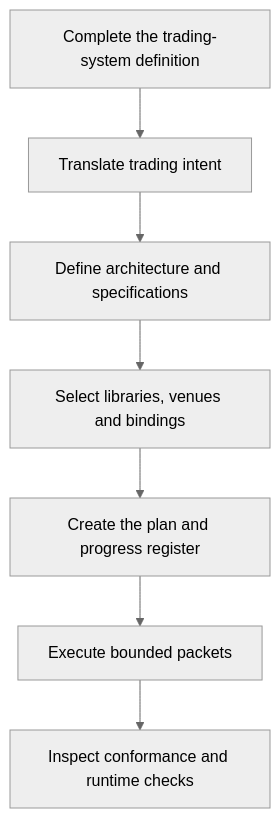
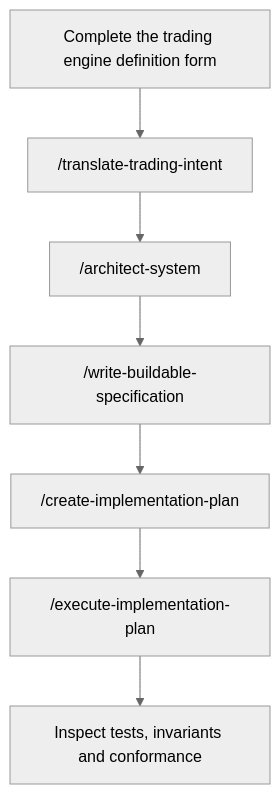
One commit to LeanOS-Technologies/options-os-public changed the diagram in README.md. Above: the diagram before and after it, drawn with Mermaid (neutral theme). The commit also changed other lines of this file, not shown here.

````diff
--- a/README.md
+++ b/README.md
@@ -58,9 +63,9 @@
 ```mermaid
 flowchart TD
-    A["Complete the trading-system definition"] --> B["Translate trading intent"]
-    B --> C["Define architecture and specifications"]
-    C --> D["Select libraries, venues and bindings"]
-    D --> E["Create the plan and progress register"]
-    E --> F["Execute bounded packets"]
-    F --> G["Inspect conformance and runtime checks"]
+    A["Complete the trading engine definition form"] --> B["/translate-trading-intent"]
+    B --> C["/architect-system"]
+    C --> D["/write-buildable-specification"]
+    D --> E["/create-implementation-plan"]
+    E --> F["/execute-implementation-plan"]
+    F --> G["Inspect tests, invariants and conformance"]
 ```
````
